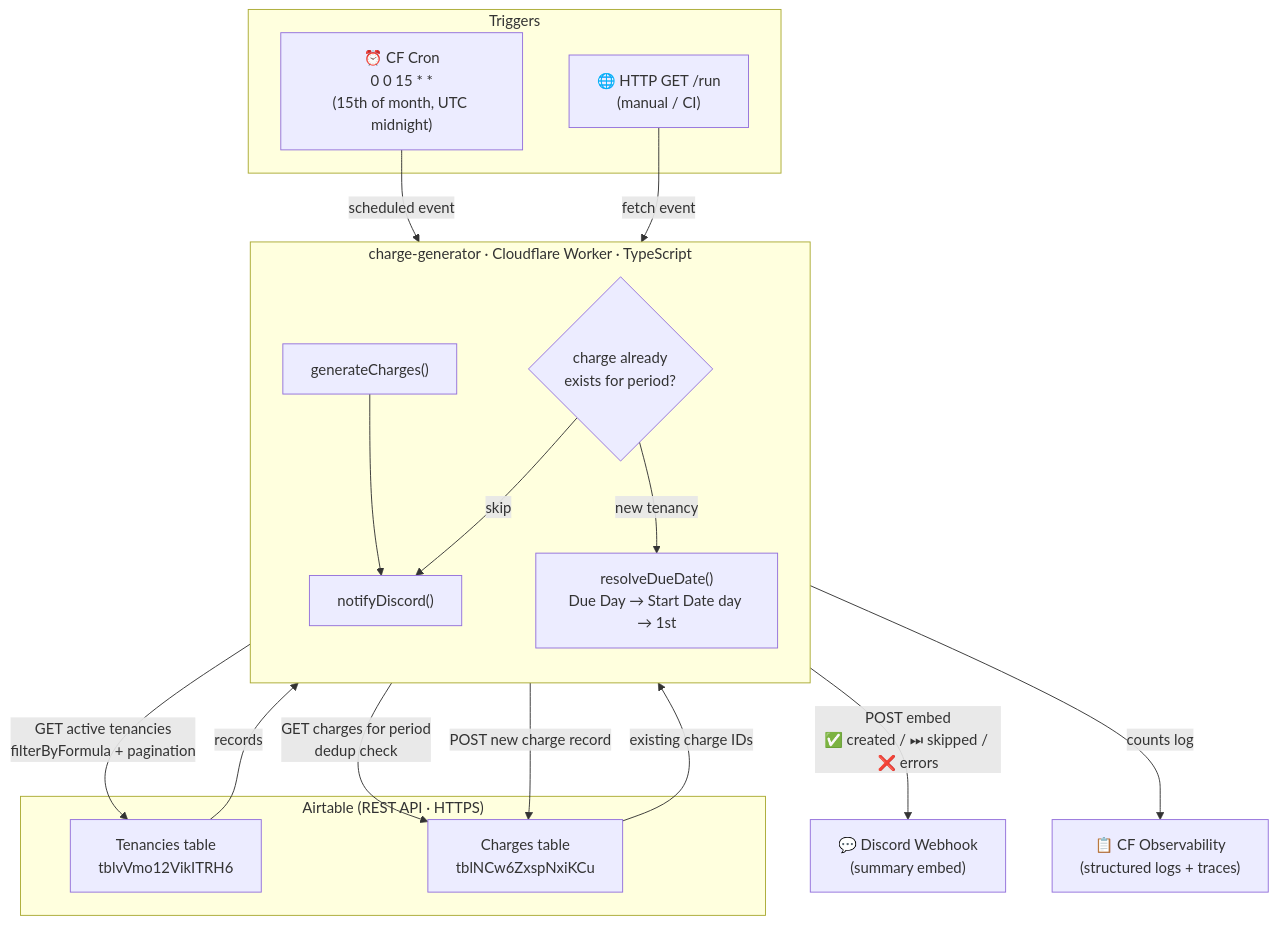
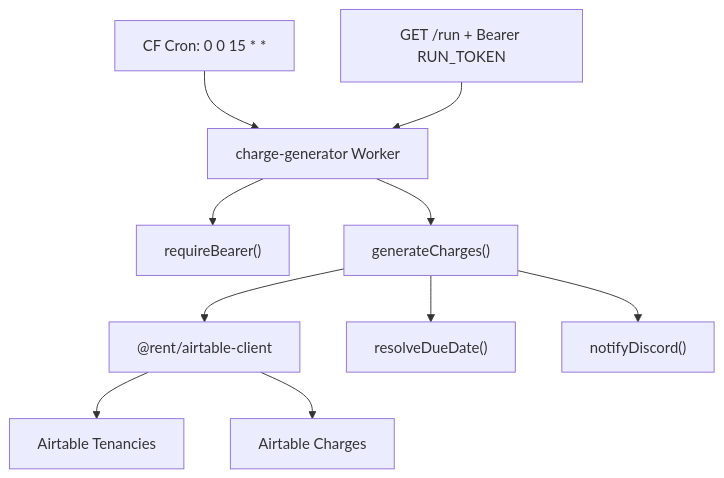
One commit to edward-sia/rent-workers changed the diagram in charge-generator/README.md. Above: the diagram before and after it, drawn with Mermaid. The commit also changed other lines of this file and 5 other files, not shown here.

````diff
--- a/charge-generator/README.md
+++ b/charge-generator/README.md
@@ -7,37 +25,12 @@
 ```mermaid
 flowchart TD
-    subgraph Triggers["Triggers"]
-        CRON["⏰ CF Cron\n0 0 15 * *\n(15th of month, UTC midnight)"]
-        HTTP["🌐 HTTP GET /run\n(manual / CI)"]
-    end
-
-    subgraph Worker["charge-generator · Cloudflare Worker · TypeScript"]
-        direction TB
-        GEN["generateCharges()"]
-        DEDUP{"charge already\nexists for period?"}
-        RESOLVE["resolveDueDate()\nDue Day → Start Date day → 1st"]
-        NOTIFY["notifyDiscord()"]
-    end
-
-    subgraph Airtable["Airtable (REST API · HTTPS)"]
-        TEN["Tenancies table\ntblvVmo12VikITRH6"]
-        CHG["Charges table\ntblNCw6ZxspNxiKCu"]
-    end
-
-    DISCORD["💬 Discord Webhook\n(summary embed)"]
-    CFLOGS["📋 CF Observability\n(structured logs + traces)"]
-
-    CRON -->|"scheduled event"| GEN
-    HTTP -->|"fetch event"| GEN
-
-    GEN -->|"GET active tenancies\nfilterByFormula + pagination"| TEN
-    GEN -->|"GET charges for period\ndedup check"| CHG
-    TEN -->|"records"| DEDUP
-    CHG -->|"existing charge IDs"| DEDUP
-    DEDUP -->|"skip"| NOTIFY
-    DEDUP -->|"new tenancy"| RESOLVE
-    RESOLVE -->|"POST new charge record"| CHG
-    GEN --> NOTIFY
-    NOTIFY -->|"POST embed\n✅ created / ⏭ skipped / ❌ errors"| DISCORD
-    GEN -->|"counts log"| CFLOGS
+    CRON["CF Cron: 0 0 15 * *"] --> WORKER["charge-generator Worker"]
+    RUN["GET /run + Bearer RUN_TOKEN"] --> WORKER
+    WORKER --> AUTH["requireBearer()"]
+    WORKER --> GEN["generateCharges()"]
+    GEN --> CLIENT["@rent/airtable-client"]
+    CLIENT --> TEN["Airtable Tenancies"]
+    CLIENT --> CHG["Airtable Charges"]
+    GEN --> DUE["resolveDueDate()"]
+    GEN --> DISCORD["notifyDiscord()"]
 ```
````
